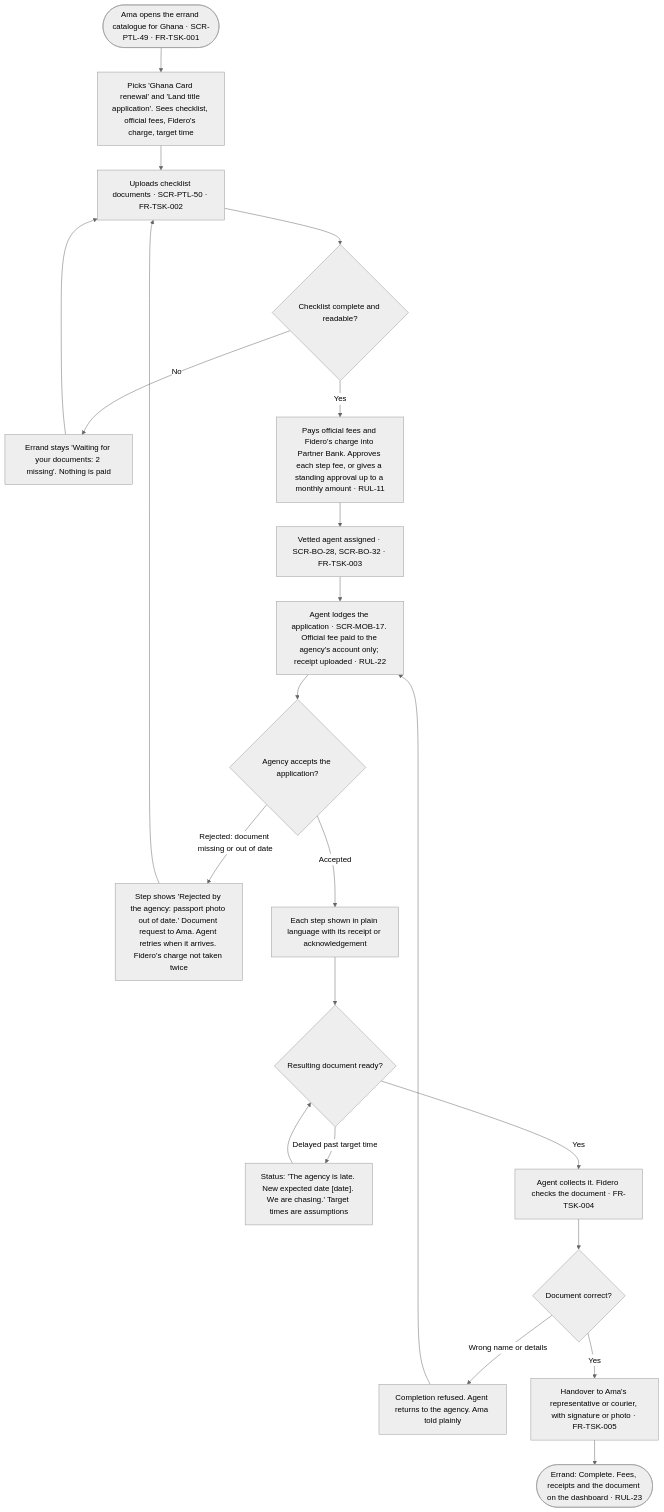
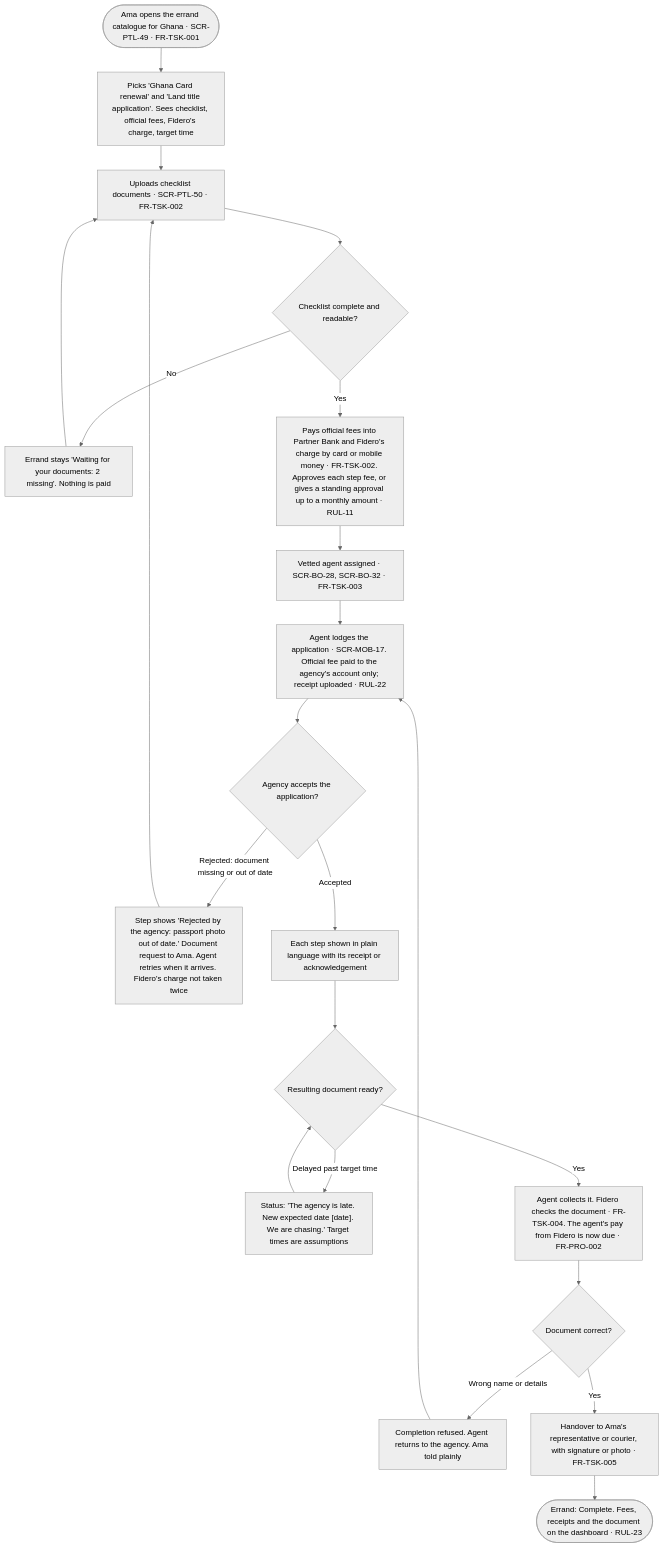
Diagram 12 of 12 in docs/specs/03-ui-ux-design.md (1SteveMens/Fidero), drawn with Mermaid (neutral theme) before and after one commit. The commit also changed other lines of this file and 6 other files, not shown here.

````diff
--- a/docs/specs/03-ui-ux-design.md
+++ b/docs/specs/03-ui-ux-design.md
@@ -773,24 +804,24 @@
 ```mermaid
 flowchart TD
     M0(["Ama opens the errand catalogue for Ghana · SCR-PTL-49 · FR-TSK-001"]) --> M1["Picks 'Ghana Card renewal' and 'Land title application'. Sees checklist, official fees, Fidero's charge, target time"]
     M1 --> M2["Uploads checklist documents · SCR-PTL-50 · FR-TSK-002"]
     M2 --> M2c{"Checklist complete and readable?"}
     M2c -->|"No"| M2x["Errand stays 'Waiting for your documents: 2 missing'. Nothing is paid"]
     M2x --> M2
-    M2c -->|"Yes"| M3["Pays official fees and Fidero's charge into Partner Bank. Approves each step fee, or gives a standing approval up to a monthly amount · RUL-11"]
+    M2c -->|"Yes"| M3["Pays official fees into Partner Bank and Fidero's charge by card or mobile money · FR-TSK-002. Approves each step fee, or gives a standing approval up to a monthly amount · RUL-11"]
     M3 --> M4["Vetted agent assigned · SCR-BO-28, SCR-BO-32 · FR-TSK-003"]
     M4 --> M5["Agent lodges the application · SCR-MOB-17. Official fee paid to the agency's account only; receipt uploaded · RUL-22"]
     M5 --> M5c{"Agency accepts the application?"}
     M5c -->|"Rejected: document missing or out of date"| M5x["Step shows 'Rejected by the agency: passport photo out of date.' Document request to Ama. Agent retries when it arrives. Fidero's charge not taken twice"]
     M5x --> M2
     M5c -->|"Accepted"| M6["Each step shown in plain language with its receipt or acknowledgement"]
     M6 --> M7{"Resulting document ready?"}
     M7 -->|"Delayed past target time"| M7x["Status: 'The agency is late. New expected date [date]. We are chasing.' Target times are assumptions"]
     M7x --> M7
-    M7 -->|"Yes"| M8["Agent collects it. Fidero checks the document · FR-TSK-004"]
+    M7 -->|"Yes"| M8["Agent collects it. Fidero checks the document · FR-TSK-004. The agent's pay from Fidero is now due · FR-PRO-002"]
     M8 --> M8c{"Document correct?"}
     M8c -->|"Wrong name or details"| M8x["Completion refused. Agent returns to the agency. Ama told plainly"]
     M8x --> M5
     M8c -->|"Yes"| M9["Handover to Ama's representative or courier, with signature or photo · FR-TSK-005"]
     M9 --> M10(["Errand: Complete. Fees, receipts and the document on the dashboard · RUL-23"])
 ```
````
